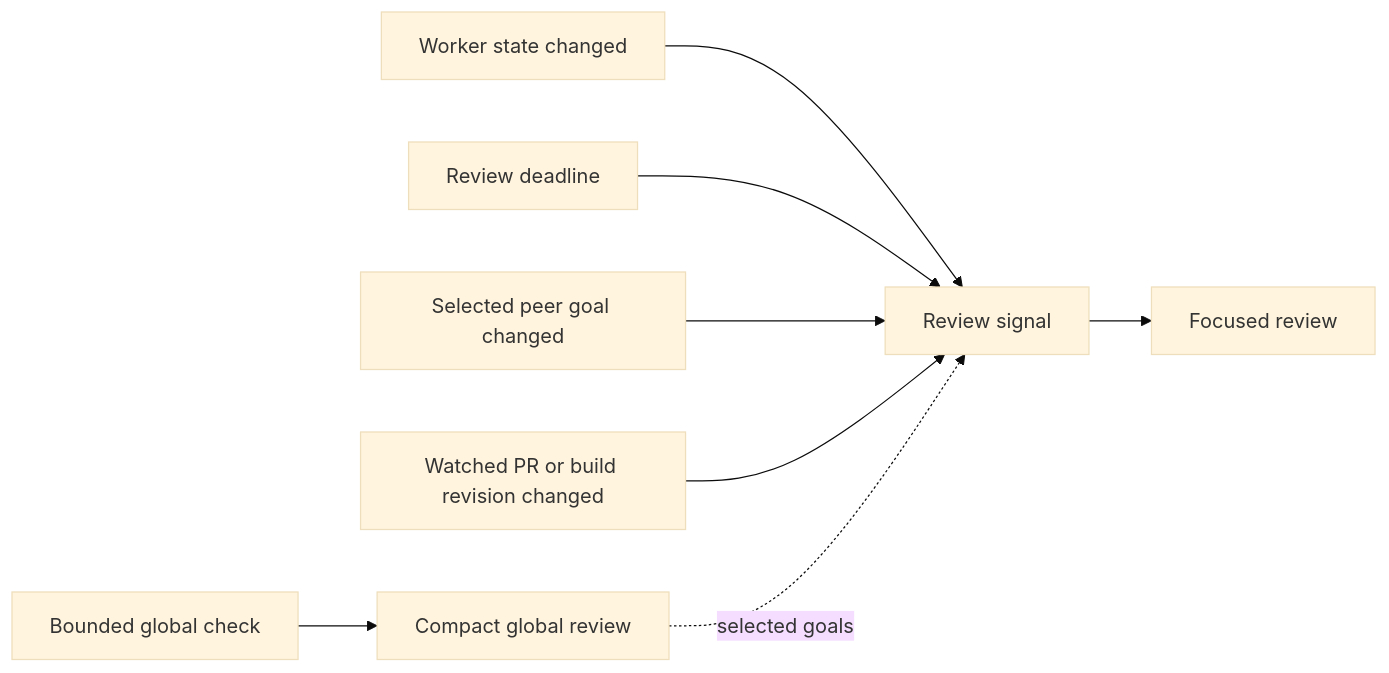
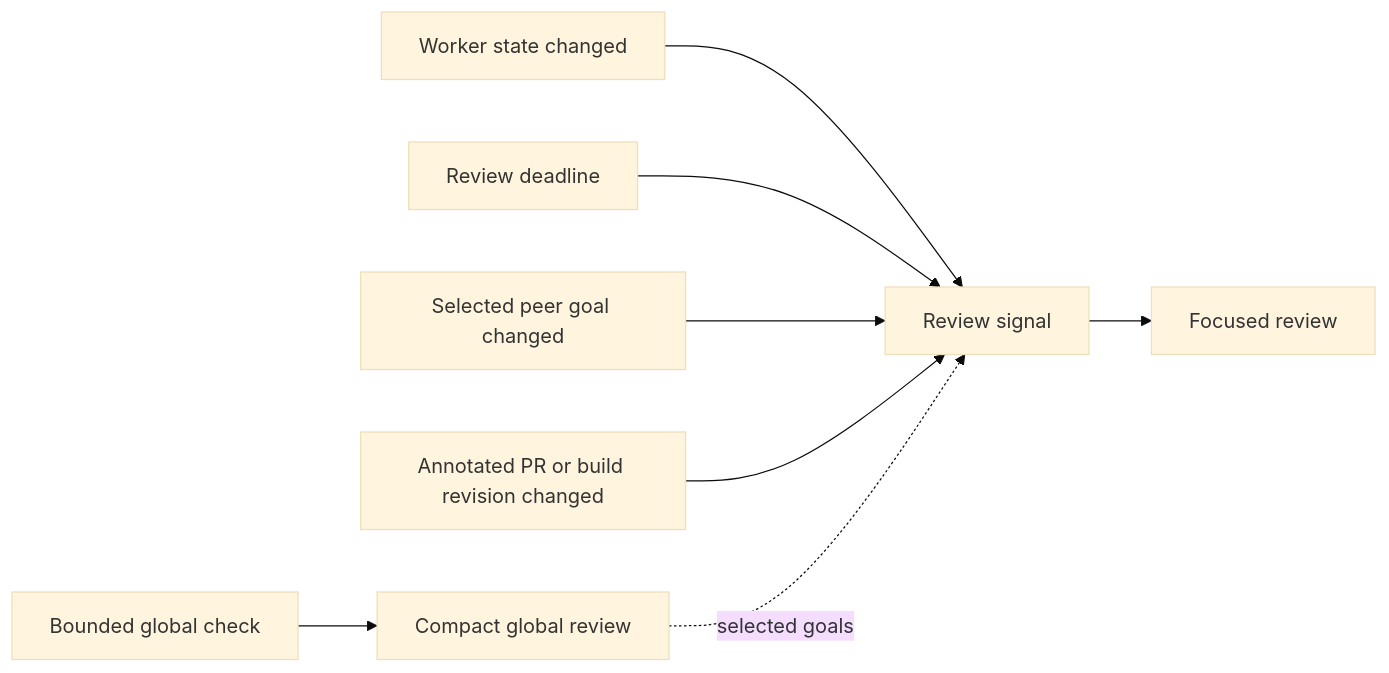
One commit to hao1939/herdr-supervisor changed the second of 4 diagrams in docs/design.md. Above: the diagram before and after it, drawn with Mermaid (base theme). The commit also changed other lines of this file and 1 other file, not shown here.

````diff
--- a/docs/design.md
+++ b/docs/design.md
@@ -116,10 +116,10 @@
 ```mermaid
 flowchart LR
     A[Worker state changed] --> Q[Review signal]
     B[Review deadline] --> Q
     C[Selected peer goal changed] --> Q
-    D[Watched PR or build revision changed] --> Q
+    D[Annotated PR or build revision changed] --> Q
     Q --> R[Focused review]
     E[Bounded global check] --> G[Compact global review]
     G -. selected goals .-> Q
 ```
````
